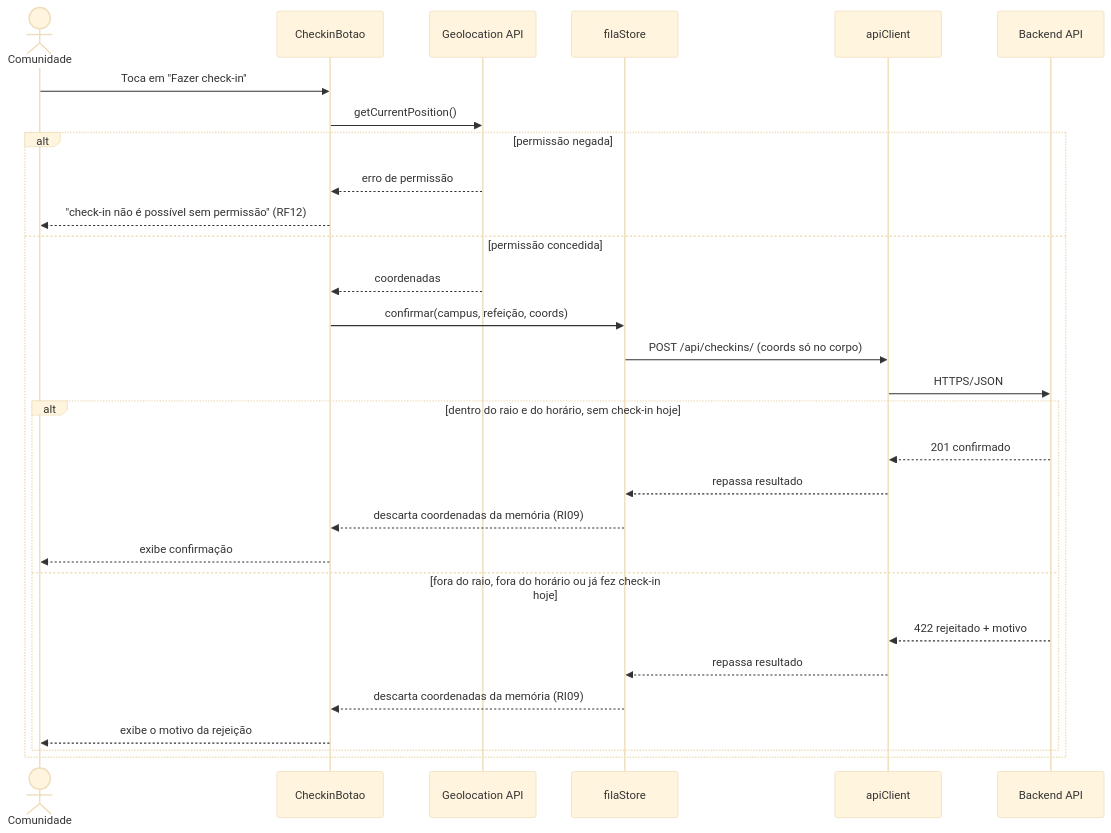
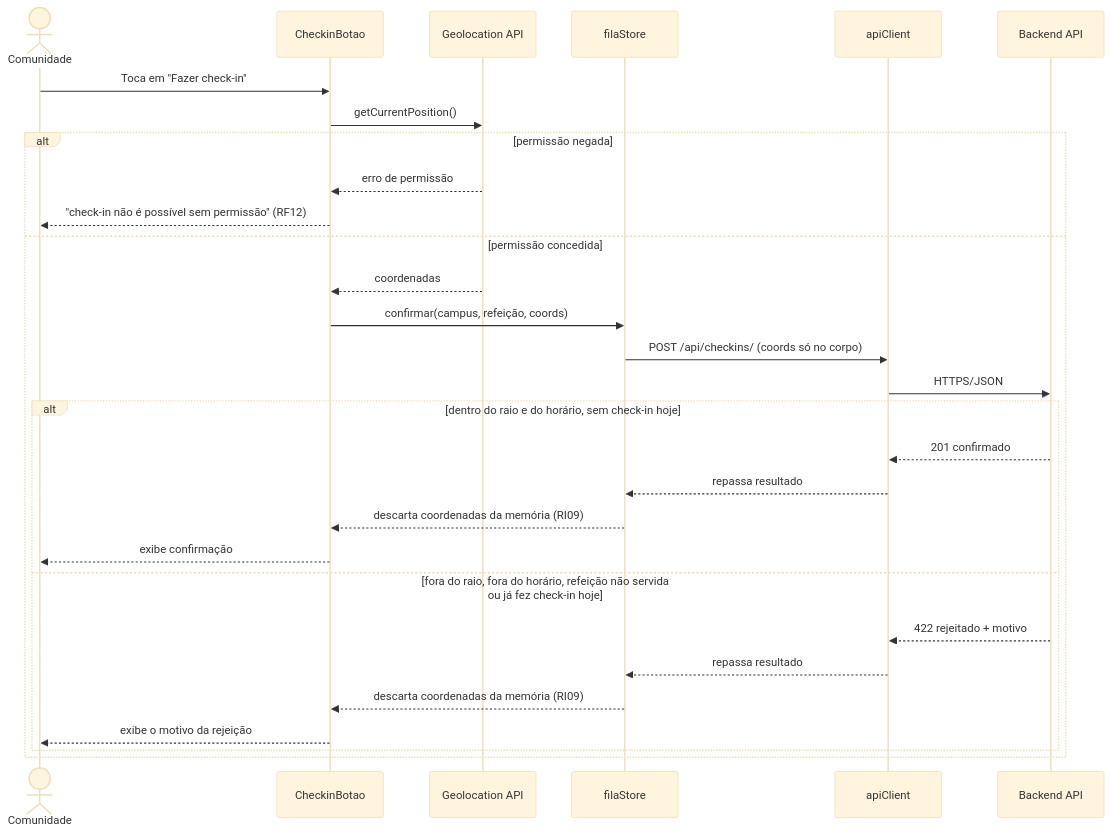
The fourth of 6 diagrams in docs/arquitetura/front-end/c4-niveis-3-4-frontend-bandejao.md (unb-mds/2026-2-Bandejao-UnB), drawn with Mermaid (base theme) before and after one commit. The commit also changed other lines of this file, not shown here.

````diff
--- a/docs/arquitetura/front-end/c4-niveis-3-4-frontend-bandejao.md
+++ b/docs/arquitetura/front-end/c4-niveis-3-4-frontend-bandejao.md
@@ -334,32 +357,32 @@
 ```mermaid
 sequenceDiagram
   actor U as Comunidade
   participant CB as CheckinBotao
   participant GEO as Geolocation API
   participant FS as filaStore
   participant AC as apiClient
   participant BE as Backend API
 
   U->>CB: Toca em "Fazer check-in"
   CB->>GEO: getCurrentPosition()
   alt permissão negada
     GEO-->>CB: erro de permissão
     CB-->>U: "check-in não é possível sem permissão" (RF12)
   else permissão concedida
     GEO-->>CB: coordenadas
     CB->>FS: confirmar(campus, refeição, coords)
     FS->>AC: POST /api/checkins/ (coords só no corpo)
     AC->>BE: HTTPS/JSON
     alt dentro do raio e do horário, sem check-in hoje
       BE-->>AC: 201 confirmado
       AC-->>FS: repassa resultado
       FS-->>CB: descarta coordenadas da memória (RI09)
       CB-->>U: exibe confirmação
-    else fora do raio, fora do horário ou já fez check-in hoje
+    else fora do raio, fora do horário, refeição não servida ou já fez check-in hoje
       BE-->>AC: 422 rejeitado + motivo
       AC-->>FS: repassa resultado
       FS-->>CB: descarta coordenadas da memória (RI09)
       CB-->>U: exibe o motivo da rejeição
     end
   end
 ```
````
